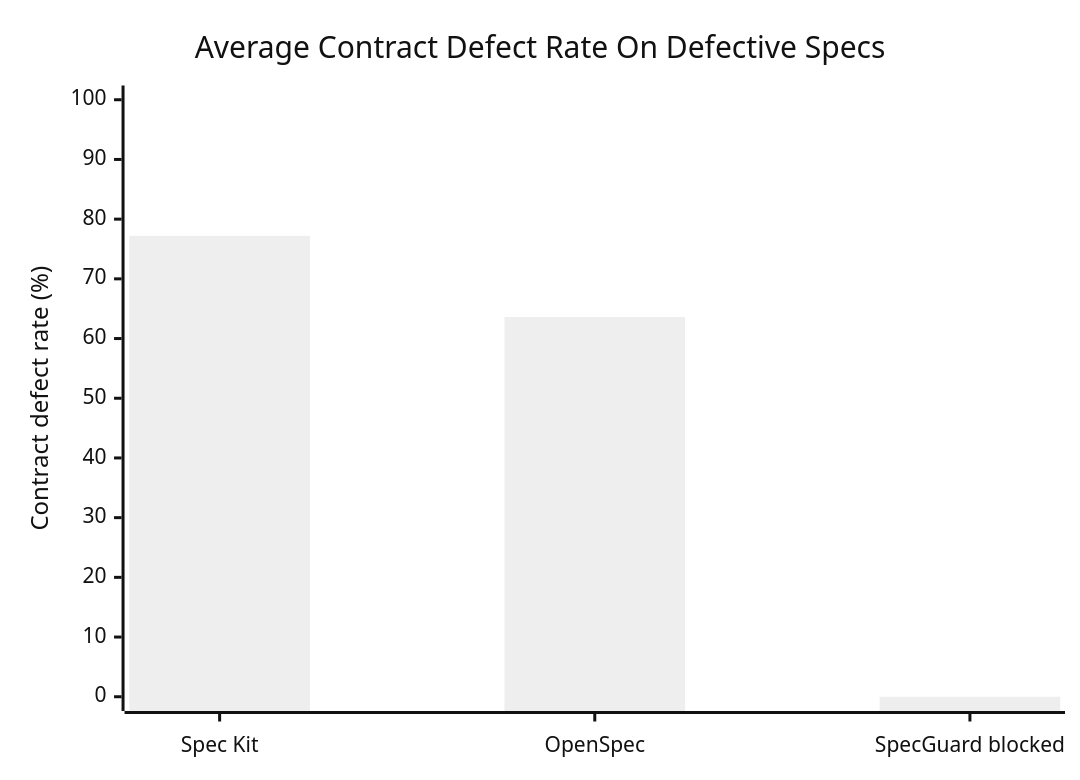
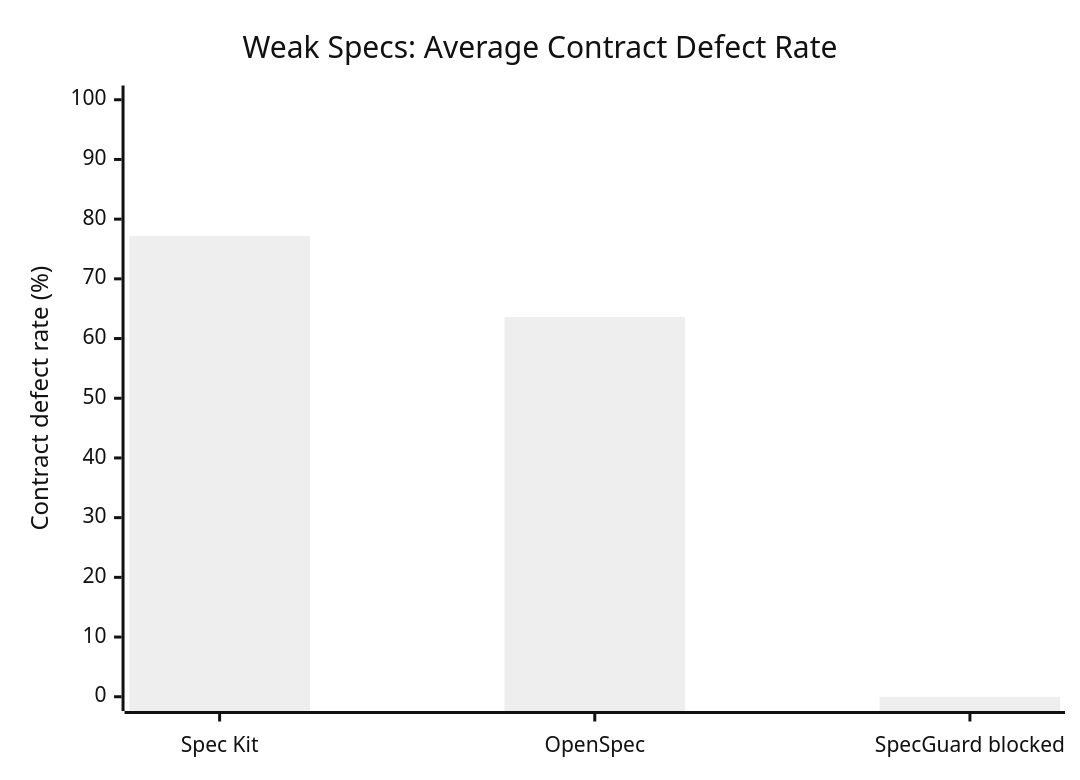
The fourth of 4 diagrams in docs/spec-driven-benchmark.md (KoreaNirsa/spec-guard), drawn with Mermaid (neutral theme) before and after one commit. The commit also changed other lines of this file, not shown here.

````diff
--- a/docs/spec-driven-benchmark.md
+++ b/docs/spec-driven-benchmark.md
@@ -204,7 +200,7 @@
 ```mermaid
 xychart-beta
-  title "Average Contract Defect Rate On Defective Specs"
+  title "Weak Specs: Average Contract Defect Rate"
   x-axis ["Spec Kit", "OpenSpec", "SpecGuard blocked"]
   y-axis "Contract defect rate (%)" 0 --> 100
   bar [77.2, 63.6, 0]
 ```
````
